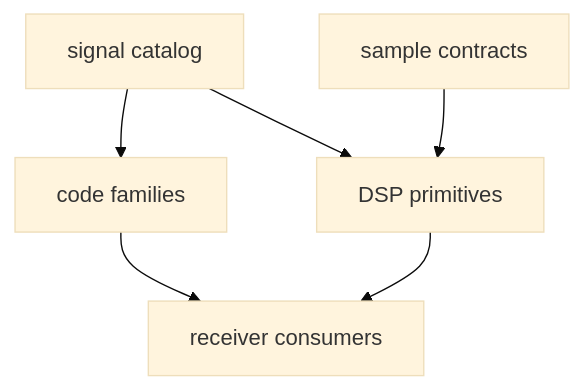
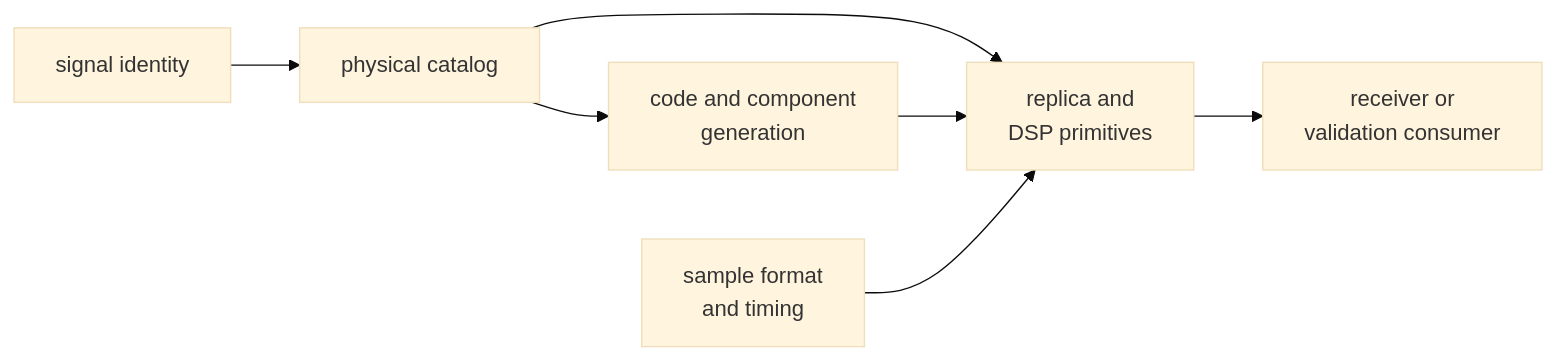
Before and after one commit to bijux/bijux-telecom: the diagram in crates/bijux-gnss-signal/README.md, drawn with Mermaid (base theme). The commit also changed other lines of this file and 1 other file, not shown here.

Commit message:
docs(contracts): separate shared meaning from signal behavior

````diff
--- a/crates/bijux-gnss-signal/README.md
+++ b/crates/bijux-gnss-signal/README.md
@@ -55,14 +51,16 @@
 ```mermaid
-flowchart TB
-    catalog["signal catalog"]
-    codes["code families"]
-    samples["sample contracts"]
-    dsp["DSP primitives"]
-    receiver["receiver consumers"]
+flowchart LR
+    identity["signal identity"]
+    catalog["physical catalog"]
+    code["code and component<br/>generation"]
+    samples["sample format<br/>and timing"]
+    dsp["replica and<br/>DSP primitives"]
+    consumer["receiver or<br/>validation consumer"]
 
-    catalog --> codes
+    identity --> catalog
+    catalog --> code
     catalog --> dsp
+    code --> dsp
     samples --> dsp
-    codes --> receiver
-    dsp --> receiver
+    dsp --> consumer
 ```
````
